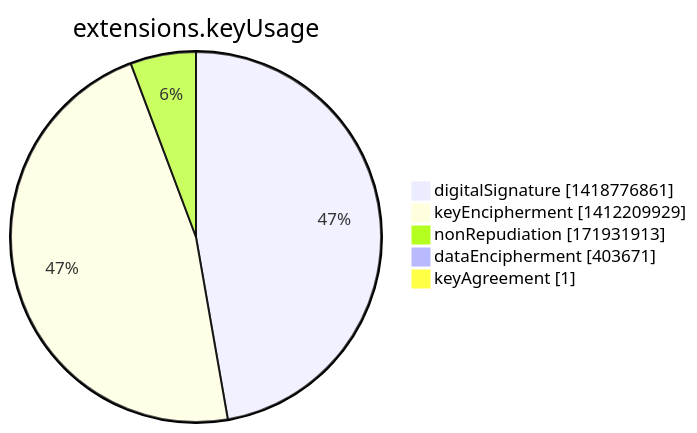
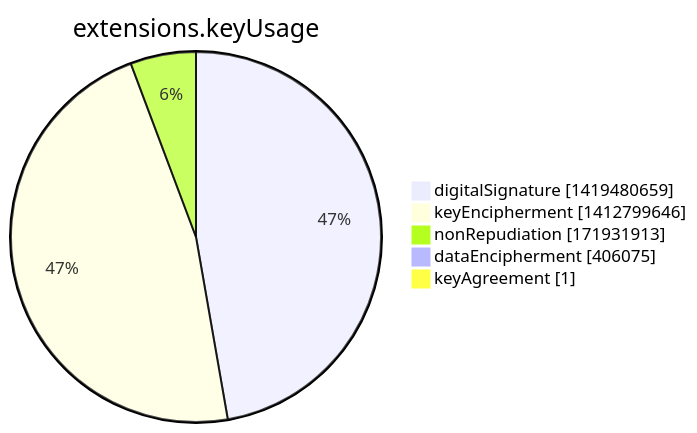
The seventh of 15 diagrams in argon2022/README.md (christiankrug/ctmonitor_visualization), drawn with Mermaid before and after one commit. The commit also changed other lines of this file, not shown here.

````diff
--- a/argon2022/README.md
+++ b/argon2022/README.md
@@ -2751,9 +2751,9 @@
 ```mermaid
 pie showData
 title extensions.keyUsage
-"digitalSignature" :1418776861
-"keyEncipherment" :1412209929
+"digitalSignature" :1419480659
+"keyEncipherment" :1412799646
 "nonRepudiation" :171931913
-"dataEncipherment" :403671
+"dataEncipherment" :406075
 "keyAgreement" :1
 ```
````
